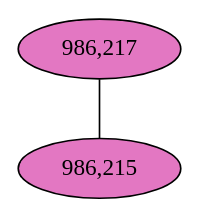
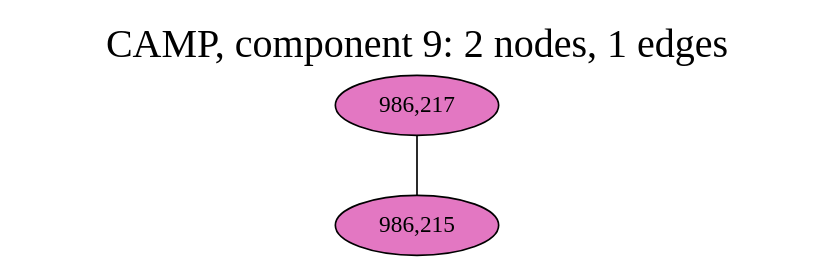
One commit to fedarko/sheepgut changed the diagram in notebooks/graphs/CAMP_cc9.gv. Above: the diagram before and after it, drawn with Graphviz. The commit also changed 60 other files, not shown here.

```diff
--- a/notebooks/graphs/CAMP_cc9.gv
+++ b/notebooks/graphs/CAMP_cc9.gv
@@ -1,7 +1,10 @@
 graph CAMP_cc9 {
 	overlap="prism50";
 	outputorder="edgesfirst";
+	label="CAMP, component 9: 2 nodes, 1 edges";
+	labelloc="t";
+	fontsize=24;
 	"986,217" [style="filled", fillcolor="#e377c2", fontcolor="#000000"];
 	"986,215" [style="filled", fillcolor="#e377c2", fontcolor="#000000"];
 	"986,217" -- "986,215";
 }
```
